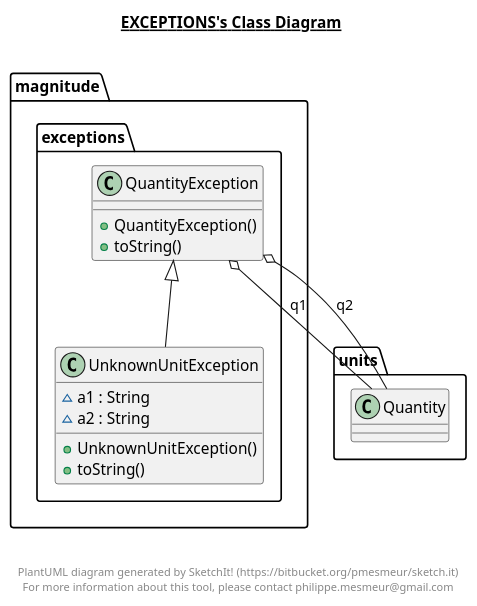
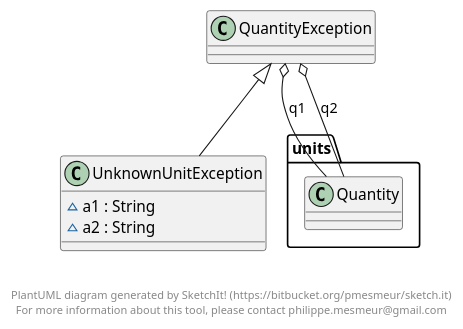
Before and after one commit to leandroGO/ADSOF_2020: the diagram in P4/src/magnitude/exceptions/exceptions.plantuml, drawn with PlantUML. The commit also changed 9 other files, not shown here.

```diff
--- a/P4/src/magnitude/exceptions/exceptions.plantuml
+++ b/P4/src/magnitude/exceptions/exceptions.plantuml
@@ -1,39 +1,23 @@
 @startuml
 
-title __EXCEPTIONS's Class Diagram__\n
+      class  QuantityException {
+      }
 
-  namespace magnitude {
-    namespace exceptions {
-      class magnitude.exceptions.QuantityException {
-          + QuantityException()
-          + toString()
-      }
-    }
-  }
-  
-
-  namespace magnitude {
-    namespace exceptions {
-      class magnitude.exceptions.UnknownUnitException {
+      class  UnknownUnitException {
           ~ a1 : String
           ~ a2 : String
-          + UnknownUnitException()
-          + toString()
       }
-    }
-  }
-  
 
-  magnitude.exceptions.QuantityException o-- units.Quantity : q1
-  magnitude.exceptions.QuantityException o-- units.Quantity : q2
-  magnitude.exceptions.UnknownUnitException -up-|> magnitude.exceptions.QuantityException
+   QuantityException o-- units.Quantity : q1
+   QuantityException o-- units.Quantity : q2
+   UnknownUnitException -up-|>  QuantityException
 
 
 right footer
 
 
 PlantUML diagram generated by SketchIt! (https://bitbucket.org/pmesmeur/sketch.it)
 For more information about this tool, please contact philippe.mesmeur@gmail.com
 endfooter
 
 @enduml
```
